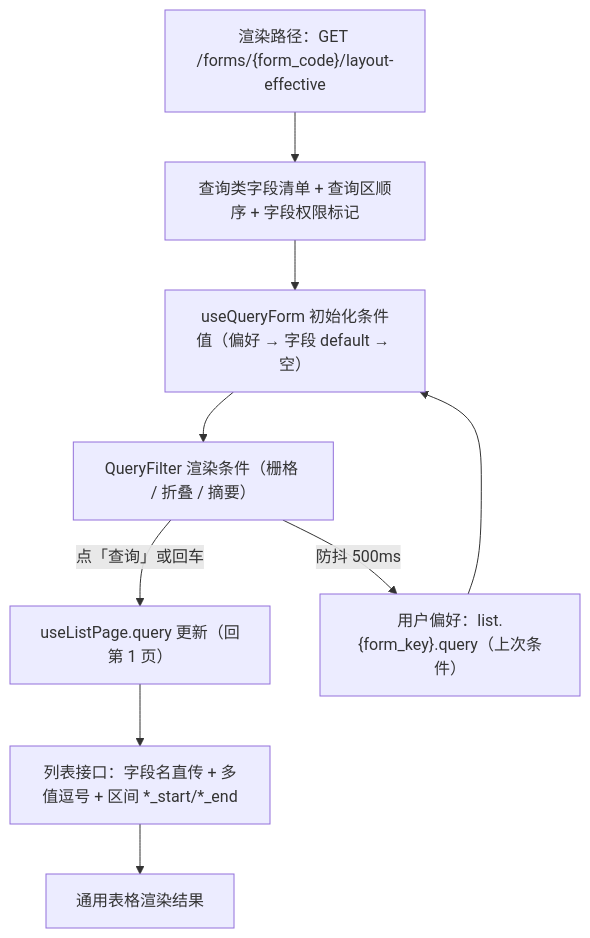
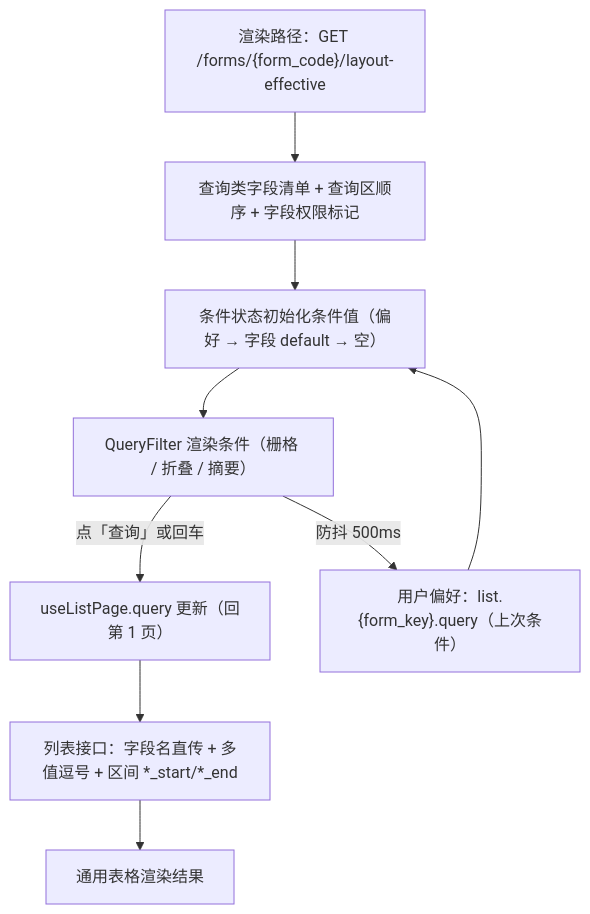
One commit to minjian123/basic-management-system changed the diagram in bms文档/设计/组件设计/07_展示类/02_组件设计_查询筛选区/02_组件设计_查询筛选区.md. Above: the diagram before and after it, drawn with Mermaid. The commit also changed other lines of this file and 154 other files, not shown here.

````diff
--- a/bms文档/设计/组件设计/07_展示类/02_组件设计_查询筛选区/02_组件设计_查询筛选区.md
+++ b/bms文档/设计/组件设计/07_展示类/02_组件设计_查询筛选区/02_组件设计_查询筛选区.md
@@ -65,11 +67,11 @@
 ```mermaid
 flowchart TD
     A["渲染路径：GET /forms/{form_code}/layout-effective"] --> B["查询类字段清单 + 查询区顺序 + 字段权限标记"]
-    C["用户偏好：list.{form_key}.query（上次条件）"] --> D["useQueryForm 初始化条件值（偏好 → 字段 default → 空）"]
+    C["用户偏好：list.{form_key}.query（上次条件）"] --> D["条件状态初始化条件值（偏好 → 字段 default → 空）"]
     B --> D
     D --> E["QueryFilter 渲染条件（栅格 / 折叠 / 摘要）"]
     E -->|"点「查询」或回车"| F["useListPage.query 更新（回第 1 页）"]
     F --> G["列表接口：字段名直传 + 多值逗号 + 区间 *_start/*_end"]
     G --> H["通用表格渲染结果"]
     E -->|"防抖 500ms"| C
 ```
````
